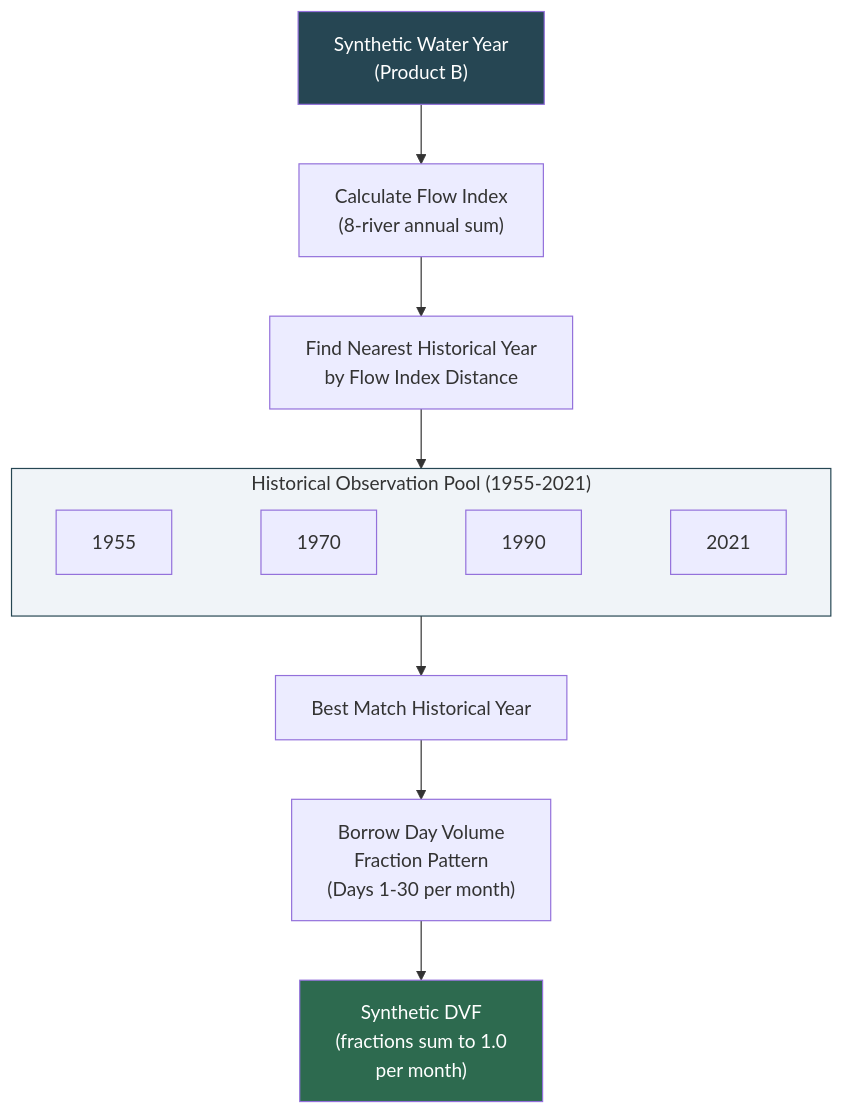
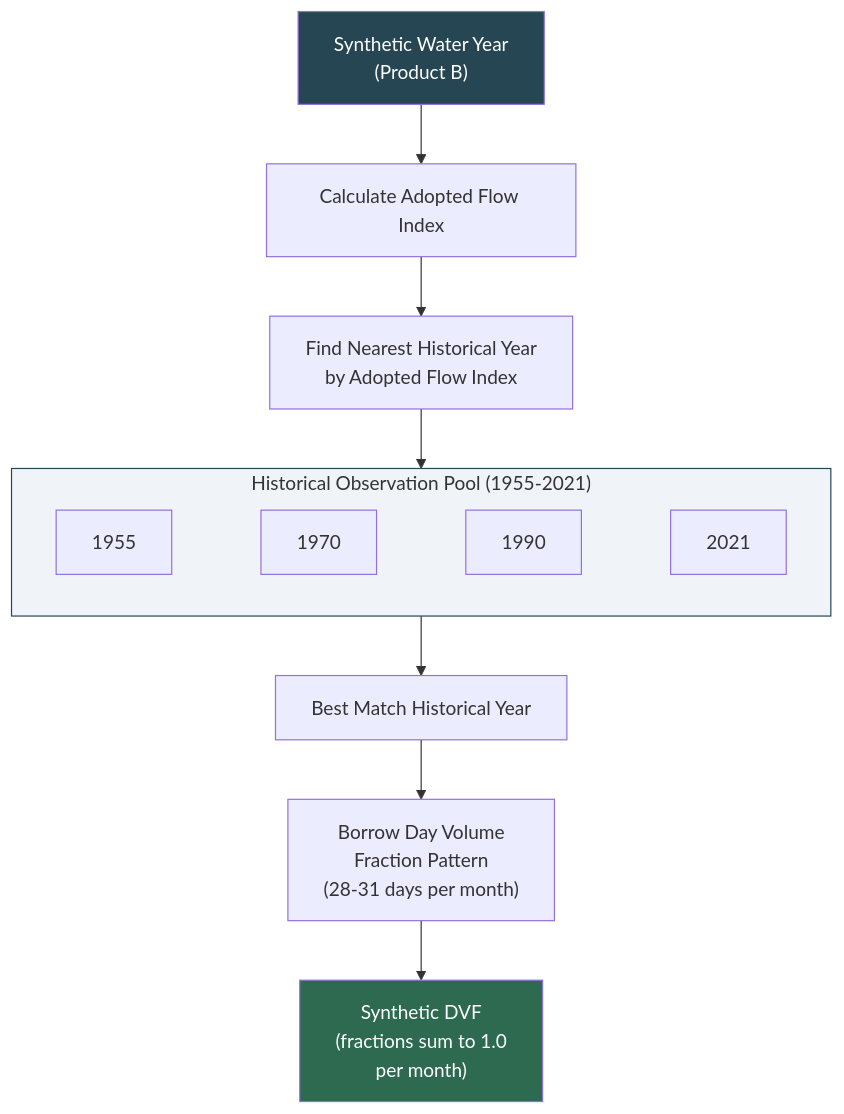
The diagram in docs/source/input-generation/mod-other-day-volume-fractions.md (CentralValleyModeling/calsim3-stochastic-input-generation), drawn with Mermaid before and after one commit. The commit also changed other lines of this file, not shown here.

````diff
--- a/docs/source/input-generation/mod-other-day-volume-fractions.md
+++ b/docs/source/input-generation/mod-other-day-volume-fractions.md
@@ -79,19 +44,19 @@
 ```{mermaid}
 flowchart TD
-    SYN["Synthetic Water Year<br/>(Product B)"] --> CALC_IDX["Calculate Flow Index<br/>(8-river annual sum)"]
-    CALC_IDX --> MATCH["Find Nearest Historical Year<br/>by Flow Index Distance"]
+    SYN["Synthetic Water Year<br/>(Product B)"] --> CALC_IDX["Calculate Adopted Flow Index"]
+    CALC_IDX --> MATCH["Find Nearest Historical Year<br/>by Adopted Flow Index"]
 
     subgraph POOL["Historical Observation Pool (1955-2021)"]
         direction LR
         Y55["1955"] ~~~ Y70["1970"] ~~~ Y90["1990"] ~~~ Y21["2021"]
     end
 
     MATCH --> POOL
     POOL --> BEST["Best Match Historical Year"]
-    BEST --> BORROW["Borrow Day Volume<br/>Fraction Pattern<br/>(Days 1-30 per month)"]
+    BEST --> BORROW["Borrow Day Volume<br/>Fraction Pattern<br/>(28-31 days per month)"]
     BORROW --> OUTPUT["Synthetic DVF<br/>(fractions sum to 1.0<br/>per month)"]
 
     style SYN fill:#264653,color:#fff
     style OUTPUT fill:#2d6a4f,color:#fff
     style POOL fill:#f0f4f8,stroke:#264653
 ```
````
